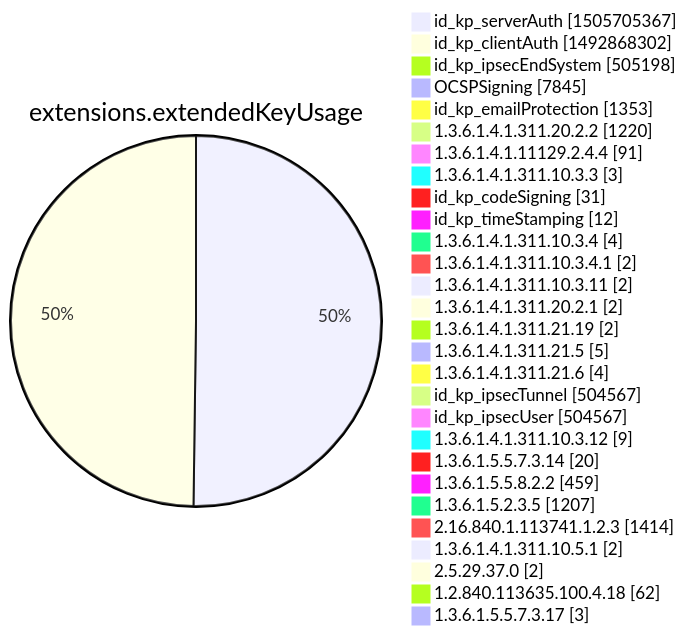
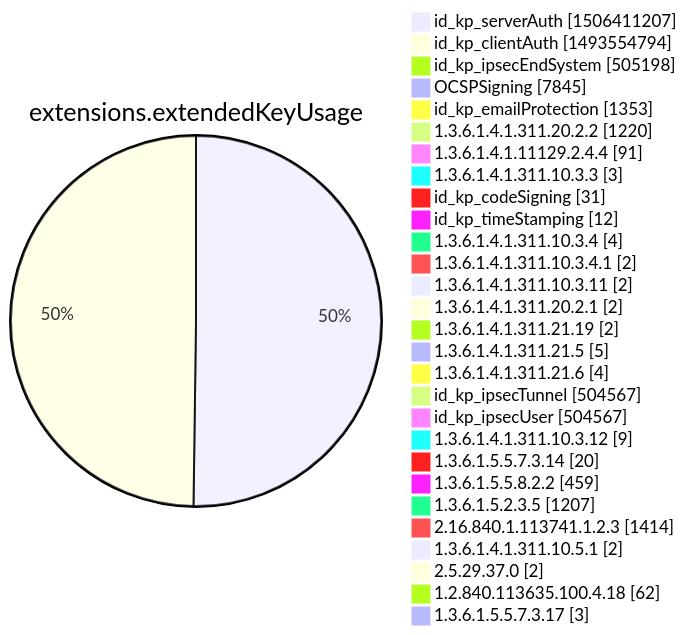
Before and after one commit to christiankrug/ctmonitor_visualization: diagram 12 of 15 in xenon2022/README.md, drawn with Mermaid. The commit also changed other lines of this file, not shown here.

````diff
--- a/xenon2022/README.md
+++ b/xenon2022/README.md
@@ -3876,32 +3876,32 @@
 ```mermaid
 pie showData
 title extensions.extendedKeyUsage
-"id_kp_serverAuth" :1505705367
-"id_kp_clientAuth" :1492868302
+"id_kp_serverAuth" :1506411207
+"id_kp_clientAuth" :1493554794
 "id_kp_ipsecEndSystem" :505198
 "OCSPSigning" :7845
 "id_kp_emailProtection" :1353
 "1.3.6.1.4.1.311.20.2.2" :1220
 "1.3.6.1.4.1.11129.2.4.4" :91
 "1.3.6.1.4.1.311.10.3.3" :3
 "id_kp_codeSigning" :31
 "id_kp_timeStamping" :12
 "1.3.6.1.4.1.311.10.3.4" :4
 "1.3.6.1.4.1.311.10.3.4.1" :2
 "1.3.6.1.4.1.311.10.3.11" :2
 "1.3.6.1.4.1.311.20.2.1" :2
 "1.3.6.1.4.1.311.21.19" :2
 "1.3.6.1.4.1.311.21.5" :5
 "1.3.6.1.4.1.311.21.6" :4
 "id_kp_ipsecTunnel" :504567
 "id_kp_ipsecUser" :504567
 "1.3.6.1.4.1.311.10.3.12" :9
 "1.3.6.1.5.5.7.3.14" :20
 "1.3.6.1.5.5.8.2.2" :459
 "1.3.6.1.5.2.3.5" :1207
 "2.16.840.1.113741.1.2.3" :1414
 "1.3.6.1.4.1.311.10.5.1" :2
 "2.5.29.37.0" :2
 "1.2.840.113635.100.4.18" :62
 "1.3.6.1.5.5.7.3.17" :3
 ```
````
